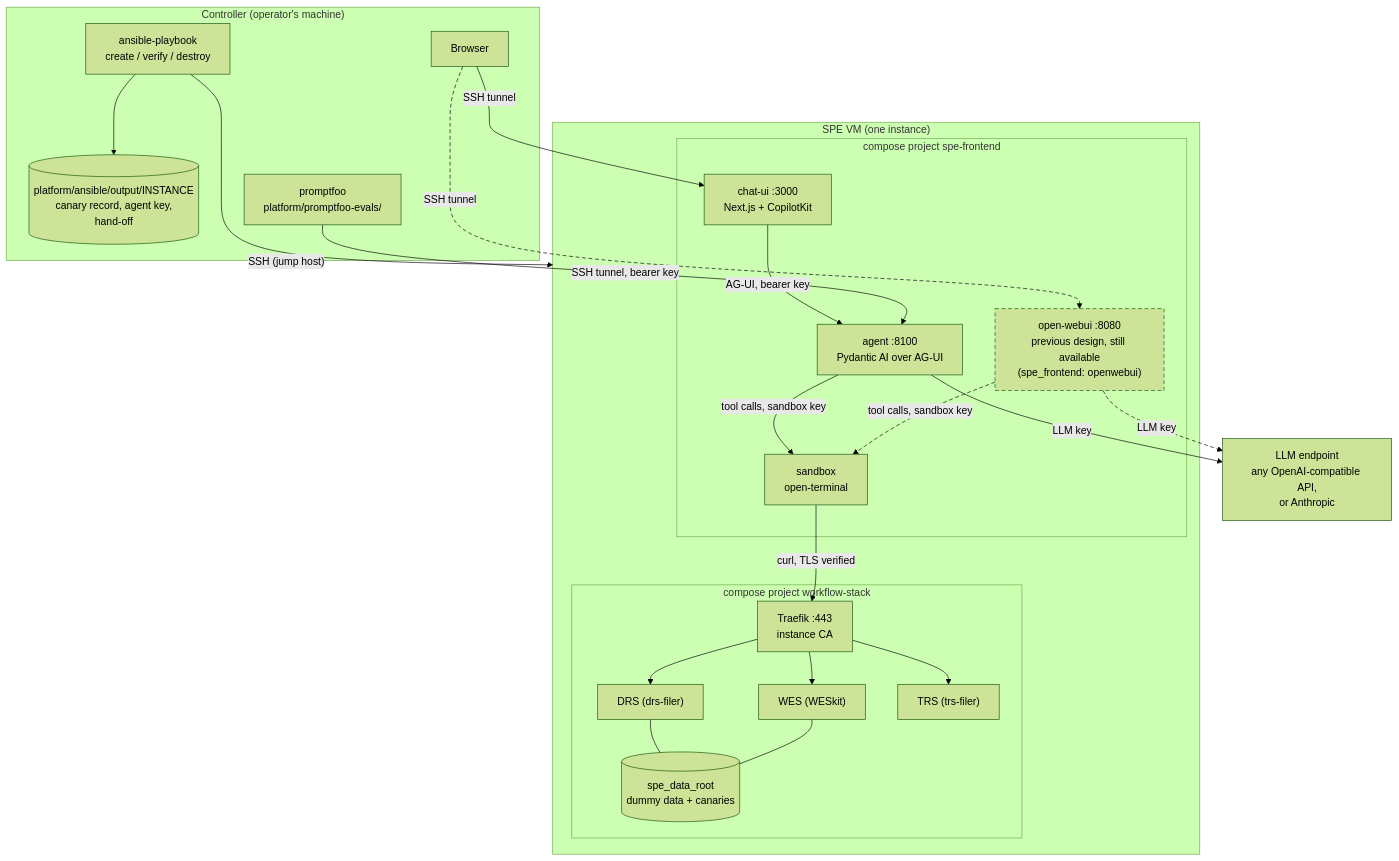
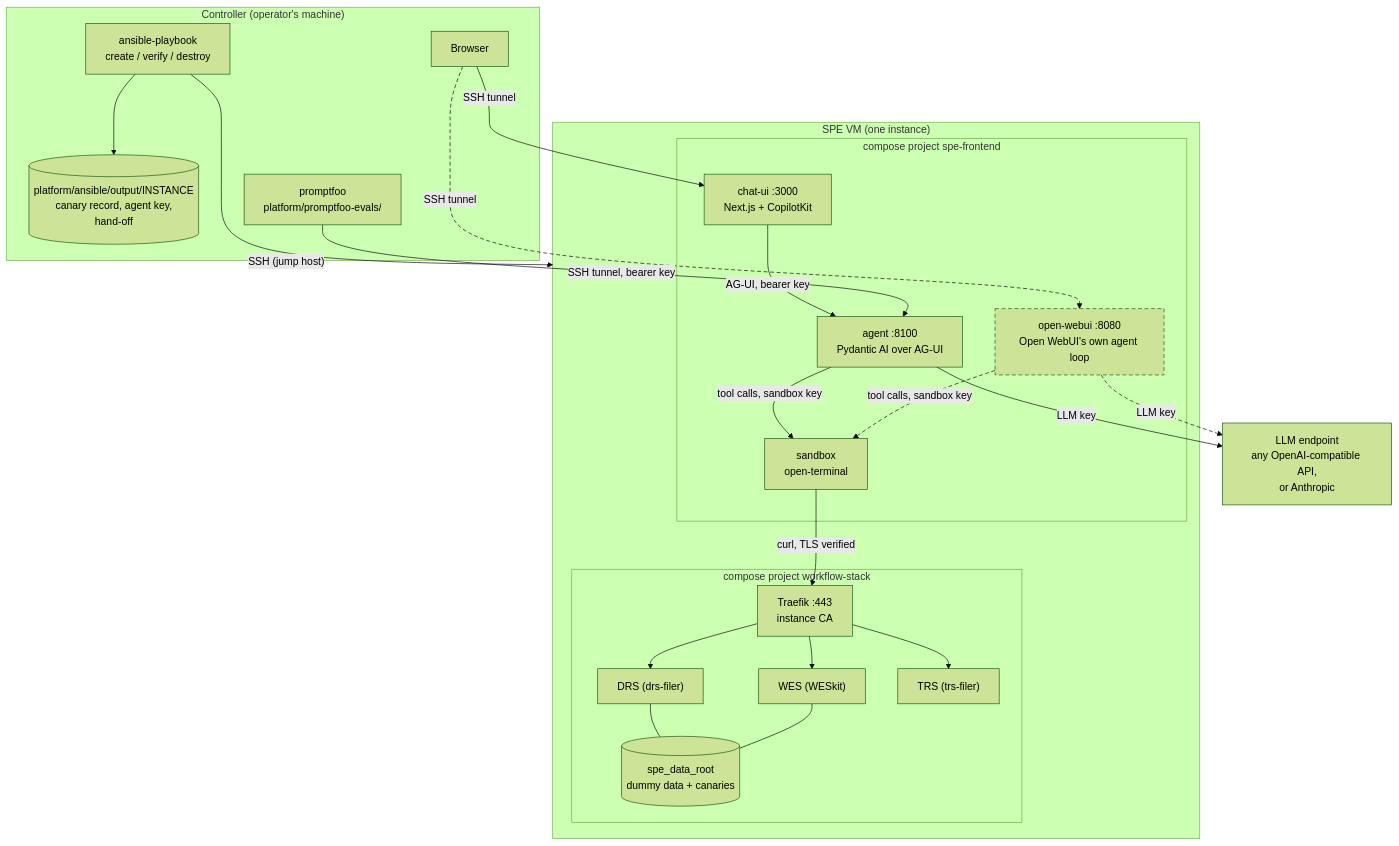
Before and after one commit to Project-24-Elixir-Biohackathon-2026/Project-24-Elixir-Biohackathon-2026: the diagram in README.md, drawn with Mermaid (forest theme). The commit also changed other lines of this file and 31 other files, not shown here.

````diff
--- a/README.md
+++ b/README.md
@@ -43,46 +43,46 @@
 ```mermaid
 flowchart TB
   subgraph controller["Controller (operator's machine)"]
     ansible["ansible-playbook<br/>create / verify / destroy"]
     output[("platform/ansible/output/INSTANCE<br/>canary record, agent key,<br/>hand-off")]
     promptfoo["promptfoo<br/>platform/promptfoo-evals/"]
     browser["Browser"]
   end
 
   subgraph vm["SPE VM (one instance)"]
     subgraph fe["compose project spe-frontend"]
       ui["chat-ui :3000<br/>Next.js + CopilotKit"]
       agent["agent :8100<br/>Pydantic AI over AG-UI"]
       sandbox["sandbox<br/>open-terminal"]
-      owui["open-webui :8080<br/>previous design, still available<br/>(spe_frontend: openwebui)"]:::alt
+      owui["open-webui :8080<br/>Open WebUI's own agent loop"]:::alt
     end
     subgraph ws["compose project workflow-stack"]
       traefik["Traefik :443<br/>instance CA"]
       wes["WES (WESkit)"]
       drs["DRS (drs-filer)"]
       trs["TRS (trs-filer)"]
       data[("spe_data_root<br/>dummy data + canaries")]
     end
   end
 
   llm["LLM endpoint<br/>any OpenAI-compatible API,<br/>or Anthropic"]
 
   %% Open WebUI's links first, so linkStyle 0,1,2 targets them in every Mermaid version.
   browser -. "SSH tunnel" .-> owui
   owui -. "LLM key" .-> llm
   owui -. "tool calls, sandbox key" .-> sandbox
 
   ansible -- "SSH (jump host)" --> vm
   ansible --> output
   browser -- "SSH tunnel" --> ui
   promptfoo -- "SSH tunnel, bearer key" --> agent
   ui -- "AG-UI, bearer key" --> agent
   agent -- "LLM key" --> llm
   agent -- "tool calls, sandbox key" --> sandbox
   sandbox -- "curl, TLS verified" --> traefik
   traefik --> wes & drs & trs
   wes & drs --- data
 
   classDef alt stroke-dasharray: 6 4
   linkStyle 0,1,2 stroke-dasharray: 6 4
 ```
````
